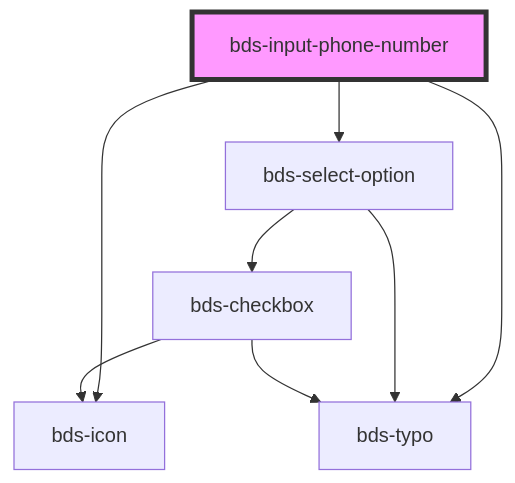
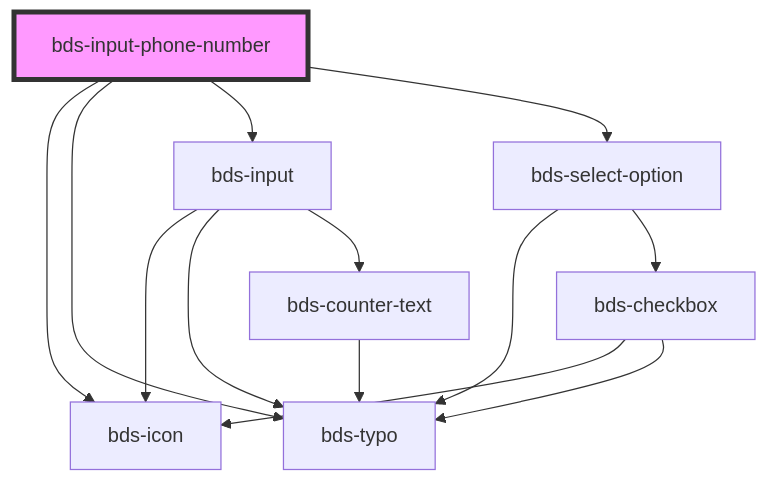
The diagram in src/components/input-phone-number/readme.md (takenet/blip-ds), drawn with Mermaid before and after one commit. The commit also changed other lines of this file and 6 other files, not shown here.

Commit message:
Add comprehensive enhancements to InputPhoneNumber component - new props for country selection and search functionality

````diff
--- a/src/components/input-phone-number/readme.md
+++ b/src/components/input-phone-number/readme.md
@@ -82,11 +87,16 @@
 ```mermaid
 graph TD;
   bds-input-phone-number --> bds-icon
   bds-input-phone-number --> bds-typo
+  bds-input-phone-number --> bds-input
   bds-input-phone-number --> bds-select-option
+  bds-input --> bds-icon
+  bds-input --> bds-typo
+  bds-input --> bds-counter-text
+  bds-counter-text --> bds-typo
   bds-select-option --> bds-typo
   bds-select-option --> bds-checkbox
   bds-checkbox --> bds-icon
   bds-checkbox --> bds-typo
   style bds-input-phone-number fill:#f9f,stroke:#333,stroke-width:4px
 ```
````
